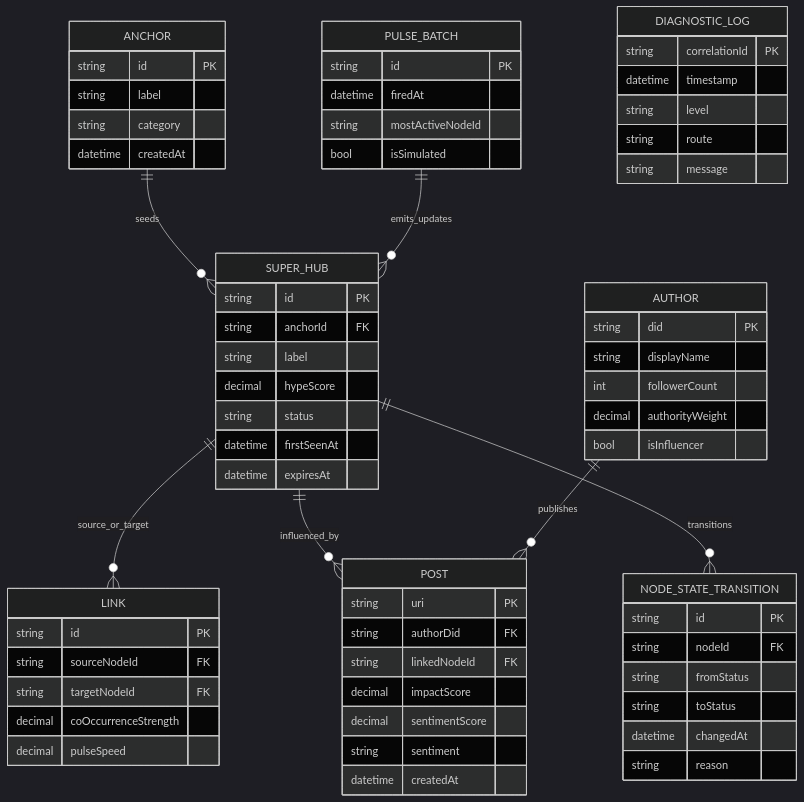
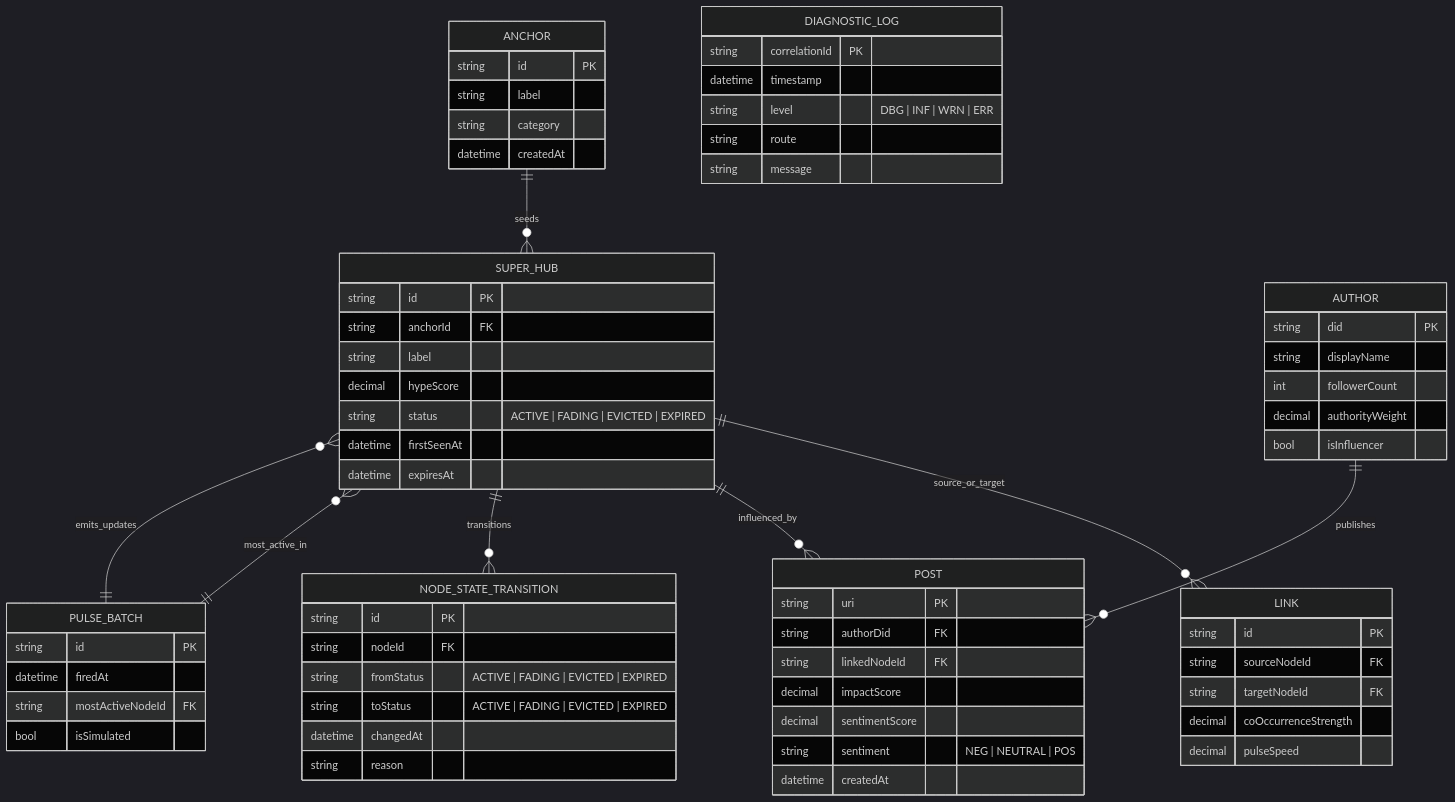
Before and after one commit to punkouter26/PoLinks: the diagram in docs/DataModel.mmd, drawn with Mermaid (dark theme). The commit also changed 67 other files, not shown here.

```diff
--- a/docs/DataModel.mmd
+++ b/docs/DataModel.mmd
@@ -1,78 +1,75 @@
 erDiagram
     ANCHOR {
         string id PK
         string label
         string category
         datetime createdAt
     }
 
     SUPER_HUB {
         string id PK
         string anchorId FK
         string label
         decimal hypeScore
-        string status
+        string status "ACTIVE | FADING | EVICTED | EXPIRED"
         datetime firstSeenAt
         datetime expiresAt
     }
 
     LINK {
         string id PK
         string sourceNodeId FK
         string targetNodeId FK
         decimal coOccurrenceStrength
         decimal pulseSpeed
     }
 
     AUTHOR {
         string did PK
         string displayName
         int followerCount
         decimal authorityWeight
         bool isInfluencer
     }
 
     POST {
         string uri PK
         string authorDid FK
         string linkedNodeId FK
         decimal impactScore
         decimal sentimentScore
-        string sentiment
+        string sentiment "NEG | NEUTRAL | POS"
         datetime createdAt
     }
 
     PULSE_BATCH {
         string id PK
         datetime firedAt
-        string mostActiveNodeId
+        string mostActiveNodeId FK
         bool isSimulated
     }
 
     NODE_STATE_TRANSITION {
         string id PK
         string nodeId FK
-        string fromStatus
-        string toStatus
+        string fromStatus "ACTIVE | FADING | EVICTED | EXPIRED"
+        string toStatus "ACTIVE | FADING | EVICTED | EXPIRED"
         datetime changedAt
         string reason
     }
 
     DIAGNOSTIC_LOG {
         string correlationId PK
         datetime timestamp
-        string level
+        string level "DBG | INF | WRN | ERR"
         string route
         string message
     }
 
-    ANCHOR ||--o{ SUPER_HUB : seeds
-    SUPER_HUB ||--o{ LINK : source_or_target
-    SUPER_HUB ||--o{ POST : influenced_by
-    AUTHOR ||--o{ POST : publishes
-    PULSE_BATCH ||--o{ SUPER_HUB : emits_updates
-    SUPER_HUB ||--o{ NODE_STATE_TRANSITION : transitions
-
-    %% enum semantics:
-    %% SUPER_HUB.status = ACTIVE | FADING | EVICTED | EXPIRED
-    %% NODE_STATE_TRANSITION.toStatus follows lifecycle above
+    ANCHOR ||--o{ SUPER_HUB : "seeds"
+    SUPER_HUB ||--o{ LINK : "source_or_target"
+    SUPER_HUB ||--o{ POST : "influenced_by"
+    AUTHOR ||--o{ POST : "publishes"
+    PULSE_BATCH ||--o{ SUPER_HUB : "emits_updates"
+    SUPER_HUB ||--o{ NODE_STATE_TRANSITION : "transitions"
+    SUPER_HUB }o--|| PULSE_BATCH : "most_active_in"
```
